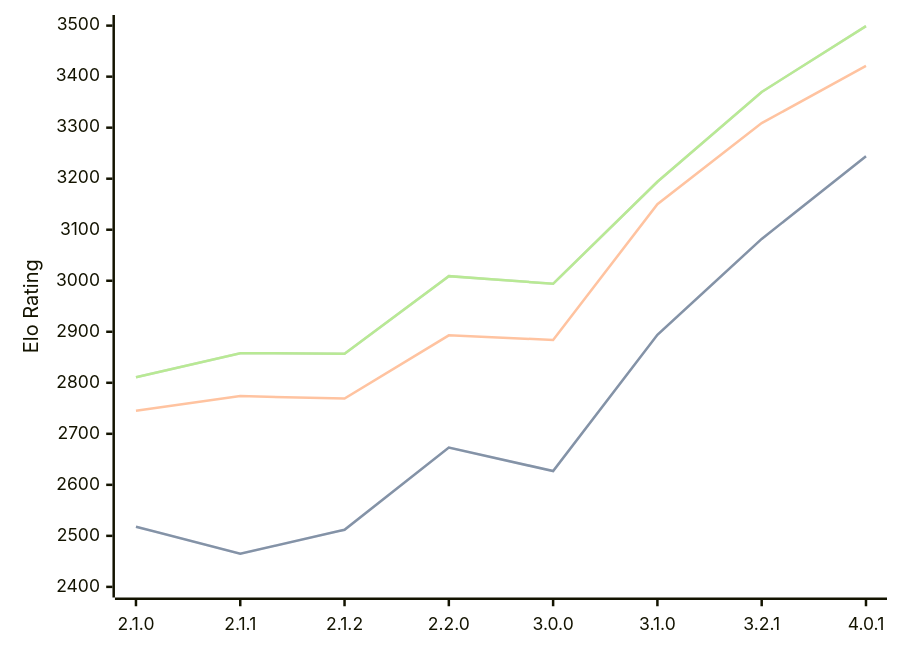
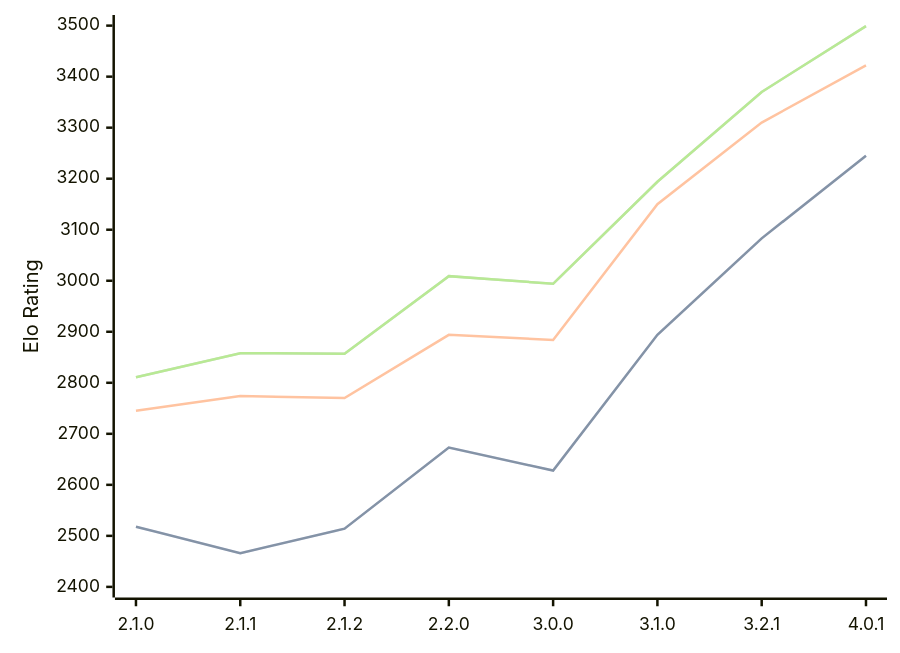
The diagram in engines/Prune.md (computer-chess-index/cci), drawn with Mermaid before and after one commit. The commit also changed other lines of this file, not shown here.

````diff
--- a/engines/Prune.md
+++ b/engines/Prune.md
@@ -44,11 +44,11 @@
 ```mermaid
 %%{init: {"theme":"base","themeVariables":{"seriesColors:['#a3a3a3','#222221','#faa371']}}}%%
 xychart-beta
   x-axis ["2.1.0", "2.1.1", "2.1.2", "2.2.0", "3.0.0", "3.1.0", "3.2.1", "4.0.1"]
   y-axis "Elo Rating" 2400 --> 3500
-  line "STC (8.0+0.08s)" [2518, 2465, 2512, 2673, 2627, 2894, 3082, 3244]
-  line "STC (8.0+0.08s)" [2518, 2465, 2512, 2673, 2627, 2894, 3082, 3244]
-  line "LTC (60.0+0.60s)" [2745, 2774, 2769, 2893, 2884, 3150, 3309, 3421]
+  line "STC (8.0+0.08s)" [2518, 2466, 2514, 2673, 2628, 2894, 3083, 3245]
+  line "STC (8.0+0.08s)" [2518, 2466, 2514, 2673, 2628, 2894, 3083, 3245]
+  line "LTC (60.0+0.60s)" [2745, 2774, 2770, 2894, 2884, 3150, 3310, 3422]
   line "VLTC (2m24s+1.12s)" [2811, 2858, 2857, 3009, 2994, 3194, 3370, 3499]
   line "VLTC (2m24s+1.12s)" [2811, 2858, 2857, 3009, 2994, 3194, 3370, 3499]
 ```
````
